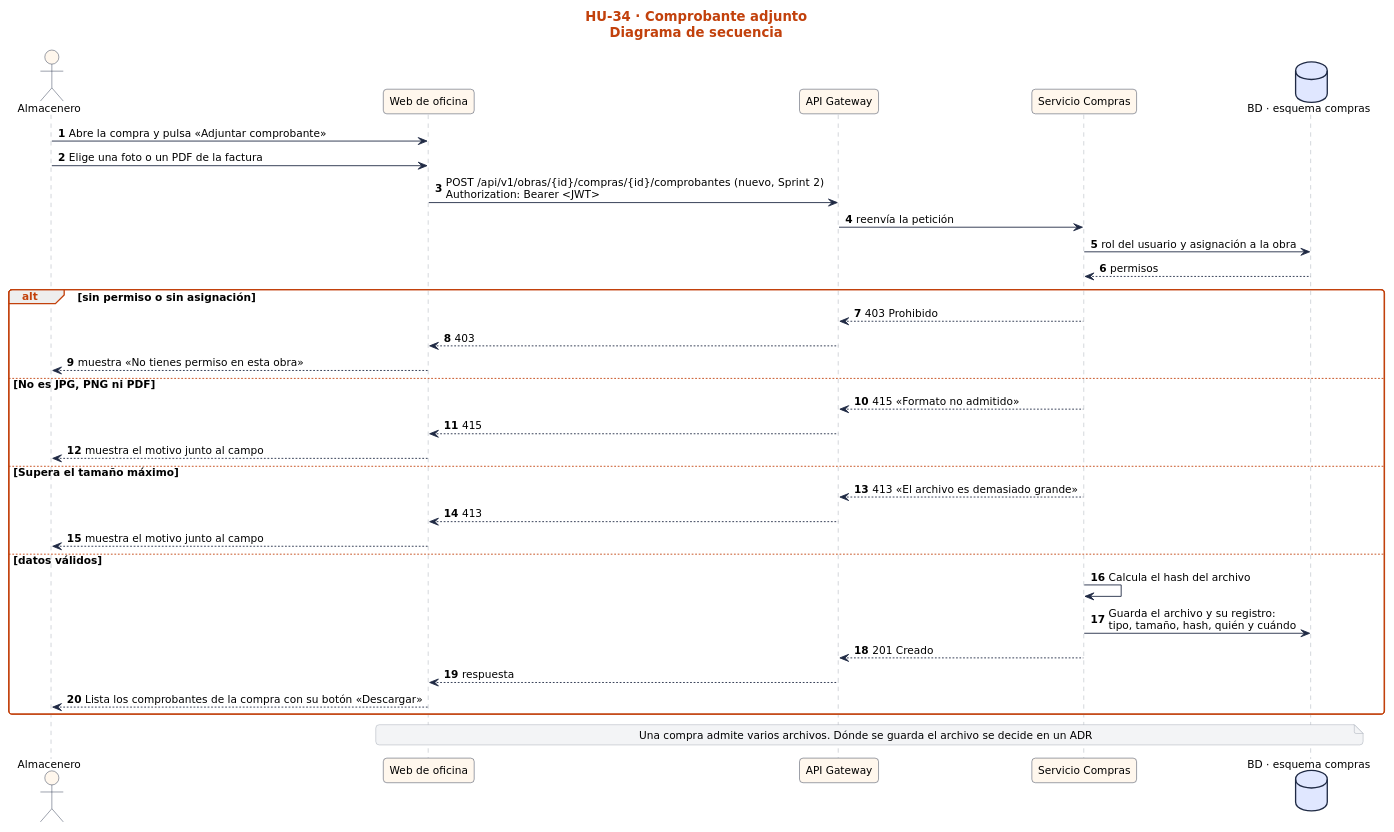
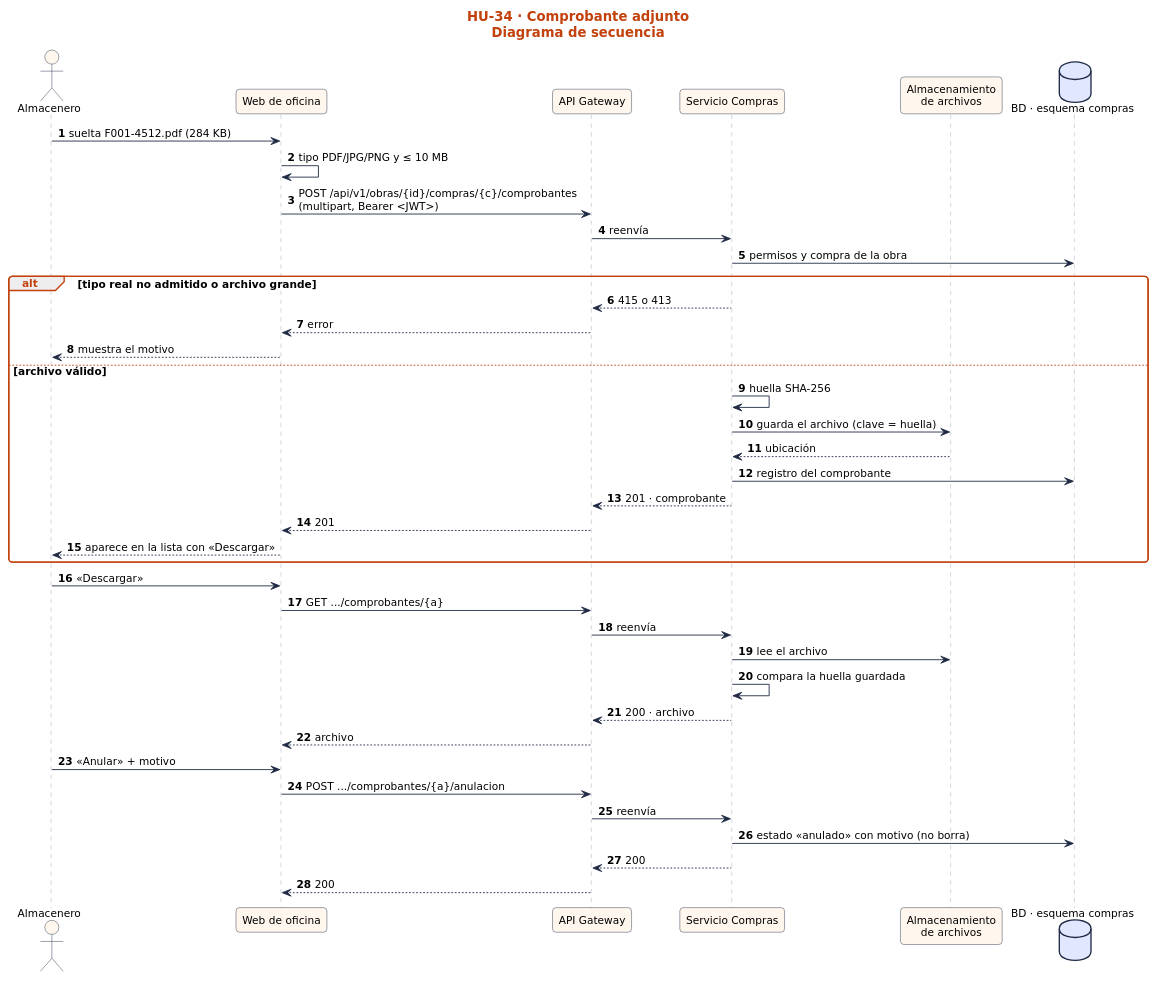
Before and after one commit to nandoestebanif/sevens-sigro: the diagram in docs/sprint-2/diagramas-hu/hu-34-comprobante-adjunto/secuencia.puml, drawn with PlantUML. The commit also changed 56 other files, not shown here.

First line of the commit message:
docs(sprint-2): diagramas a medida de 12 HU, estados E06/E07/E12 y guía de Adiel

```diff
--- a/docs/sprint-2/diagramas-hu/hu-34-comprobante-adjunto/secuencia.puml
+++ b/docs/sprint-2/diagramas-hu/hu-34-comprobante-adjunto/secuencia.puml
@@ -1,67 +1,74 @@
 @startuml
 skinparam defaultFontName "DejaVu Sans"
 skinparam defaultFontSize 12
 skinparam shadowing false
 skinparam roundCorner 8
 skinparam ArrowColor #1F2A44
 skinparam ActivityBorderColor #1F2A44
 skinparam ActivityBackgroundColor #FFF7ED
 skinparam ActivityDiamondBackgroundColor #FEF3C7
 skinparam ActivityDiamondBorderColor #92400E
 skinparam SwimlaneTitleFontStyle bold
 skinparam SwimlaneTitleFontColor #1F2A44
 skinparam SwimlaneBorderColor #9CA3AF
 skinparam PartitionBorderColor #9CA3AF
 skinparam ParticipantBorderColor #1F2A44
 skinparam ParticipantBackgroundColor #FFF7ED
 skinparam ActorBorderColor #1F2A44
 skinparam ActorBackgroundColor #FFF7ED
 skinparam DatabaseBorderColor #1F2A44
 skinparam DatabaseBackgroundColor #E0E7FF
 skinparam SequenceLifeLineBorderColor #9CA3AF
 skinparam SequenceGroupBorderColor #C2410C
 skinparam SequenceGroupHeaderFontColor #C2410C
 skinparam StateBorderColor #1F2A44
 skinparam StateBackgroundColor #FFF7ED
 skinparam StateStartColor #1F2A44
 skinparam StateEndColor #1F2A44
 skinparam NoteBackgroundColor #F3F4F6
 skinparam NoteBorderColor #9CA3AF
 skinparam TitleFontSize 15
 skinparam TitleFontColor #C2410C
 skinparam ClassBorderColor #1F2A44
 skinparam ClassBackgroundColor #FFF7ED
+
 title HU-34 · Comprobante adjunto\nDiagrama de secuencia
 autonumber
 actor "Almacenero" as U
 participant "Web de oficina" as UI
 participant "API Gateway" as GW
-participant "Servicio Compras" as S
+participant "Servicio Compras" as SC
+participant "Almacenamiento\nde archivos" as FS
 database "BD · esquema compras" as BD
-U -> UI : Abre la compra y pulsa «Adjuntar comprobante»
-U -> UI : Elige una foto o un PDF de la factura
-UI -> GW : POST /api/v1/obras/{id}/compras/{id}/comprobantes  (nuevo, Sprint 2)\nAuthorization: Bearer <JWT>
-GW -> S : reenvía la petición
-S -> BD : rol del usuario y asignación a la obra
-BD --> S : permisos
-alt sin permiso o sin asignación
-  S --> GW : 403 Prohibido
-  GW --> UI : 403
-  UI --> U : muestra «No tienes permiso en esta obra»
-else No es JPG, PNG ni PDF
-  S --> GW : 415 «Formato no admitido»
-  GW --> UI : 415
-  UI --> U : muestra el motivo junto al campo
-else Supera el tamaño máximo
-  S --> GW : 413 «El archivo es demasiado grande»
-  GW --> UI : 413
-  UI --> U : muestra el motivo junto al campo
-else datos válidos
-  S -> S : Calcula el hash del archivo
-  S -> BD : Guarda el archivo y su registro:\ntipo, tamaño, hash, quién y cuándo
-  S --> GW : 201 Creado
-  GW --> UI : respuesta
-  UI --> U : Lista los comprobantes de la compra con su botón «Descargar»
+U -> UI : suelta F001-4512.pdf (284 KB)
+UI -> UI : tipo PDF/JPG/PNG y ≤ 10 MB
+UI -> GW : POST /api/v1/obras/{id}/compras/{c}/comprobantes\n(multipart, Bearer <JWT>)
+GW -> SC : reenvía
+SC -> BD : permisos y compra de la obra
+alt tipo real no admitido o archivo grande
+  SC --> GW : 415 o 413
+  GW --> UI : error
+  UI --> U : muestra el motivo
+else archivo válido
+  SC -> SC : huella SHA-256
+  SC -> FS : guarda el archivo (clave = huella)
+  FS --> SC : ubicación
+  SC -> BD : registro del comprobante
+  SC --> GW : 201 · comprobante
+  GW --> UI : 201
+  UI --> U : aparece en la lista con «Descargar»
 end
-note over UI, BD : Una compra admite varios archivos. Dónde se guarda el archivo se decide en un ADR
+U -> UI : «Descargar»
+UI -> GW : GET .../comprobantes/{a}
+GW -> SC : reenvía
+SC -> FS : lee el archivo
+SC -> SC : compara la huella guardada
+SC --> GW : 200 · archivo
+GW --> UI : archivo
+U -> UI : «Anular» + motivo
+UI -> GW : POST .../comprobantes/{a}/anulacion
+GW -> SC : reenvía
+SC -> BD : estado «anulado» con motivo (no borra)
+SC --> GW : 200
+GW --> UI : 200
 @enduml
```
